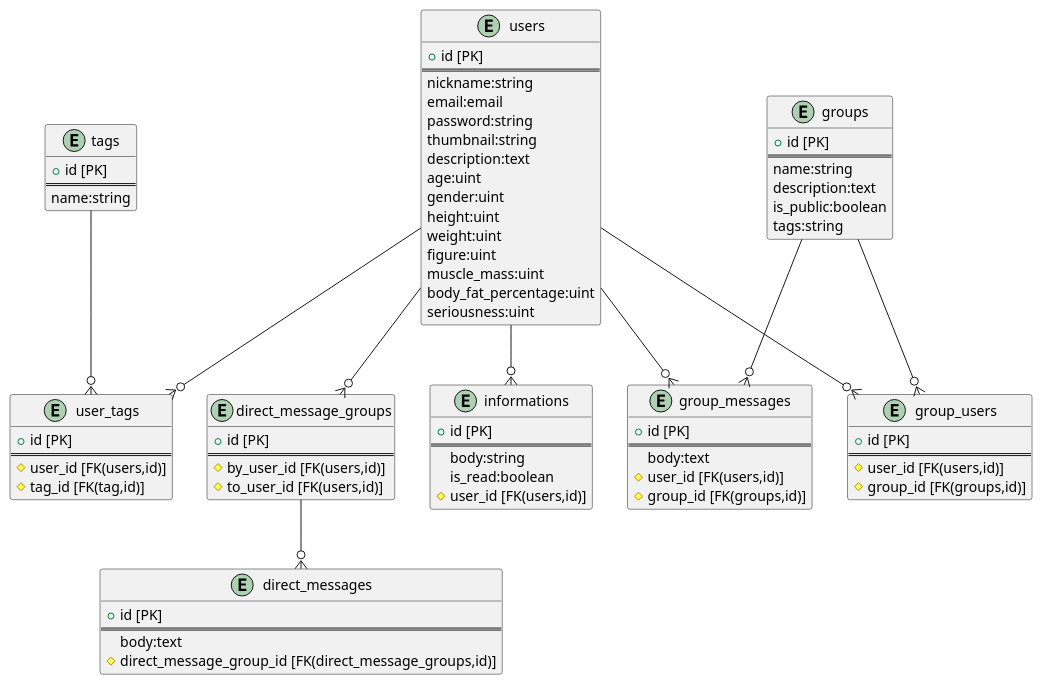
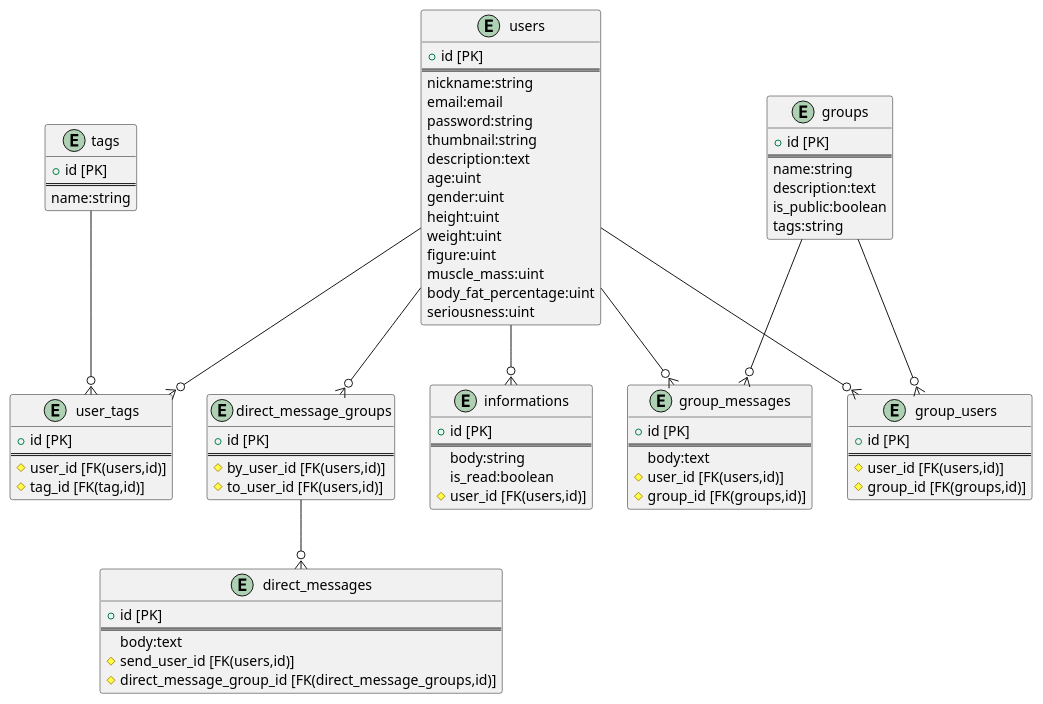
The diagram in docs/ER.md (NAKKA-K/musclers), drawn with PlantUML before and after one commit.

Commit message:
[add]foreign key send_user_id to DirctMessage

```diff
--- a/docs/ER.md
+++ b/docs/ER.md
@@ -84,6 +84,7 @@
     + id [PK]
     ==
     body:text
+    # send_user_id [FK(users,id)]
     # direct_message_group_id [FK(direct_message_groups,id)]
 }
 
```
